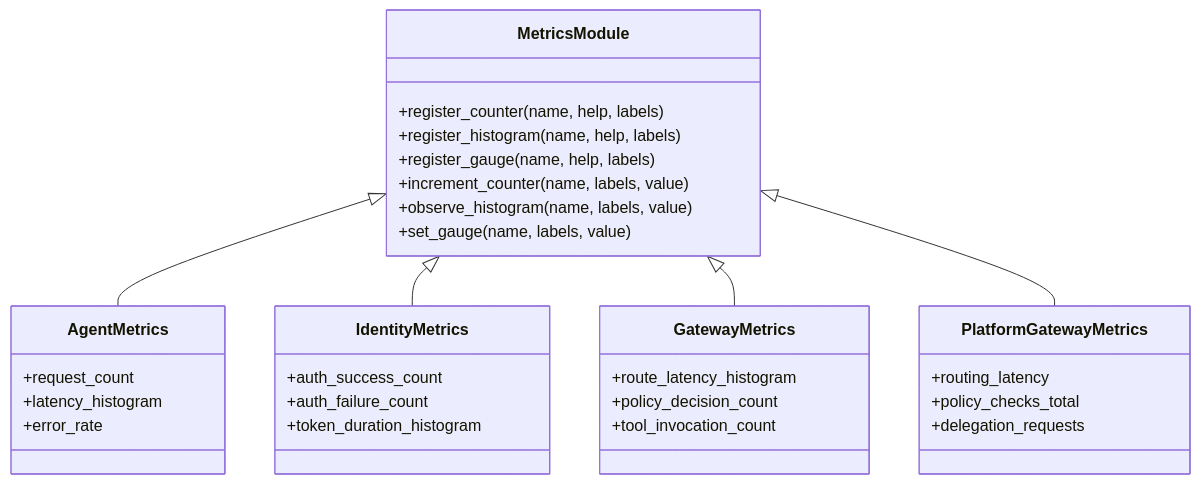
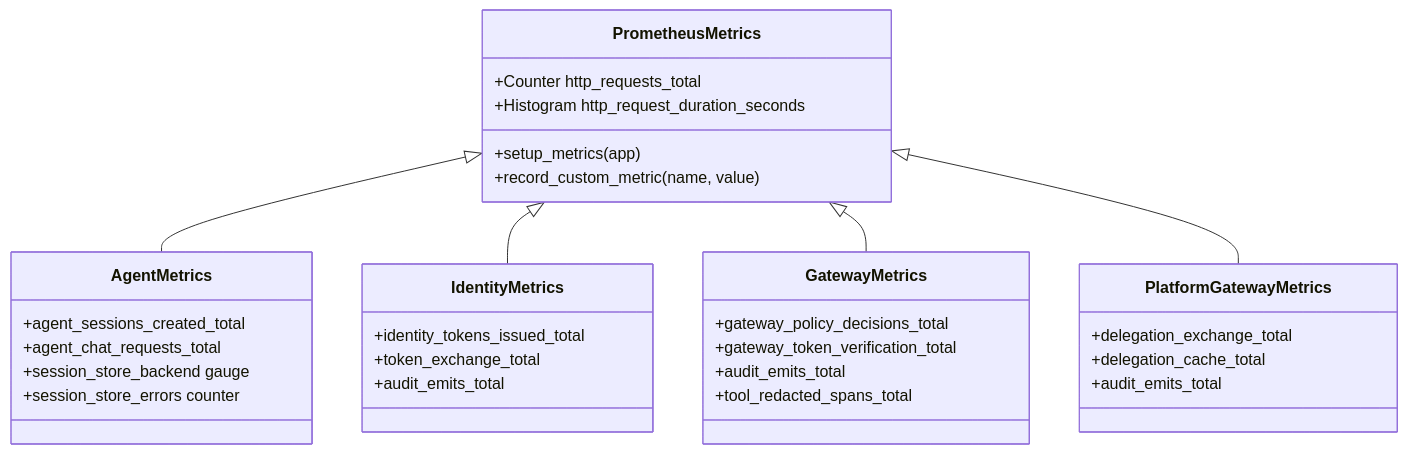
The third of 9 diagrams in .qoder/repowiki/en/content/Monitoring and Observability/Monitoring and Observability.md (metasync/luban-aiops), drawn with Mermaid before and after one commit. The commit also changed other lines of this file and 3 other files, not shown here.

````diff
--- a/.qoder/repowiki/en/content/Monitoring and Observability/Monitoring and Observability.md
+++ b/.qoder/repowiki/en/content/Monitoring and Observability/Monitoring and Observability.md
@@ -185,35 +181,35 @@
 ```mermaid
 classDiagram
-class MetricsModule {
-+register_counter(name, help, labels)
-+register_histogram(name, help, labels)
-+register_gauge(name, help, labels)
-+increment_counter(name, labels, value)
-+observe_histogram(name, labels, value)
-+set_gauge(name, labels, value)
+class PrometheusMetrics {
++Counter http_requests_total
++Histogram http_request_duration_seconds
++setup_metrics(app)
++record_custom_metric(name, value)
 }
 class AgentMetrics {
-+request_count
-+latency_histogram
-+error_rate
++agent_sessions_created_total
++agent_chat_requests_total
++session_store_backend gauge
++session_store_errors counter
 }
 class IdentityMetrics {
-+auth_success_count
-+auth_failure_count
-+token_duration_histogram
++identity_tokens_issued_total
++token_exchange_total
++audit_emits_total
 }
 class GatewayMetrics {
-+route_latency_histogram
-+policy_decision_count
-+tool_invocation_count
++gateway_policy_decisions_total
++gateway_token_verification_total
++audit_emits_total
++tool_redacted_spans_total
 }
 class PlatformGatewayMetrics {
-+routing_latency
-+policy_checks_total
-+delegation_requests
++delegation_exchange_total
++delegation_cache_total
++audit_emits_total
 }
-MetricsModule <|-- AgentMetrics
-MetricsModule <|-- IdentityMetrics
-MetricsModule <|-- GatewayMetrics
-MetricsModule <|-- PlatformGatewayMetrics
+PrometheusMetrics <|-- AgentMetrics
+PrometheusMetrics <|-- IdentityMetrics
+PrometheusMetrics <|-- GatewayMetrics
+PrometheusMetrics <|-- PlatformGatewayMetrics
 ```
````
